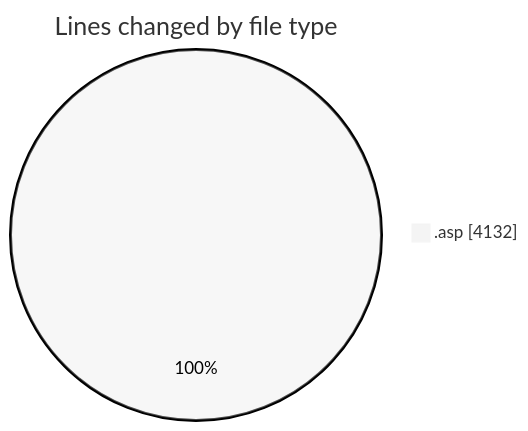
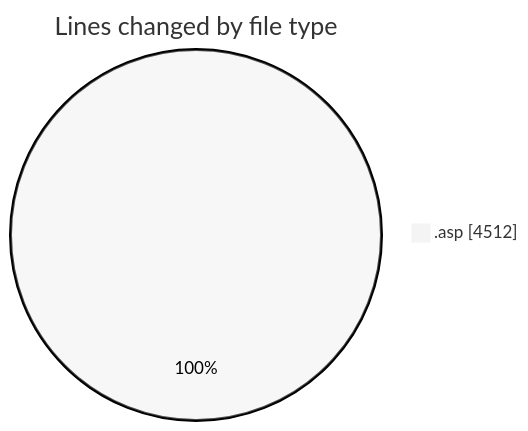
One commit to julien-gomy/code-tracking changed the first of 2 diagrams in 2025-11-20/cdp_aleoudev_fr__workspace_/README.md. Above: the diagram before and after it, drawn with Mermaid (neutral theme). The commit also changed other lines of this file and 1 other file, not shown here.

````diff
--- a/2025-11-20/cdp_aleoudev_fr__workspace_/README.md
+++ b/2025-11-20/cdp_aleoudev_fr__workspace_/README.md
@@ -27,5 +28,5 @@
 ```mermaid
 pie showData
 title Lines changed by file type
-".asp" : 4132
+".asp" : 4512
 ```
````
